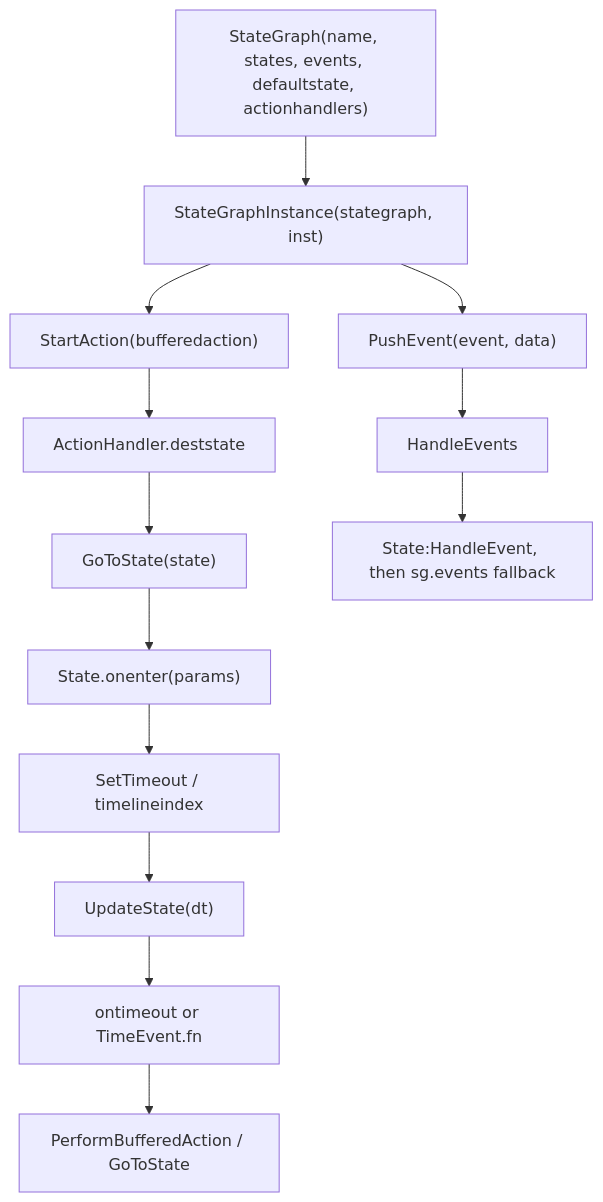
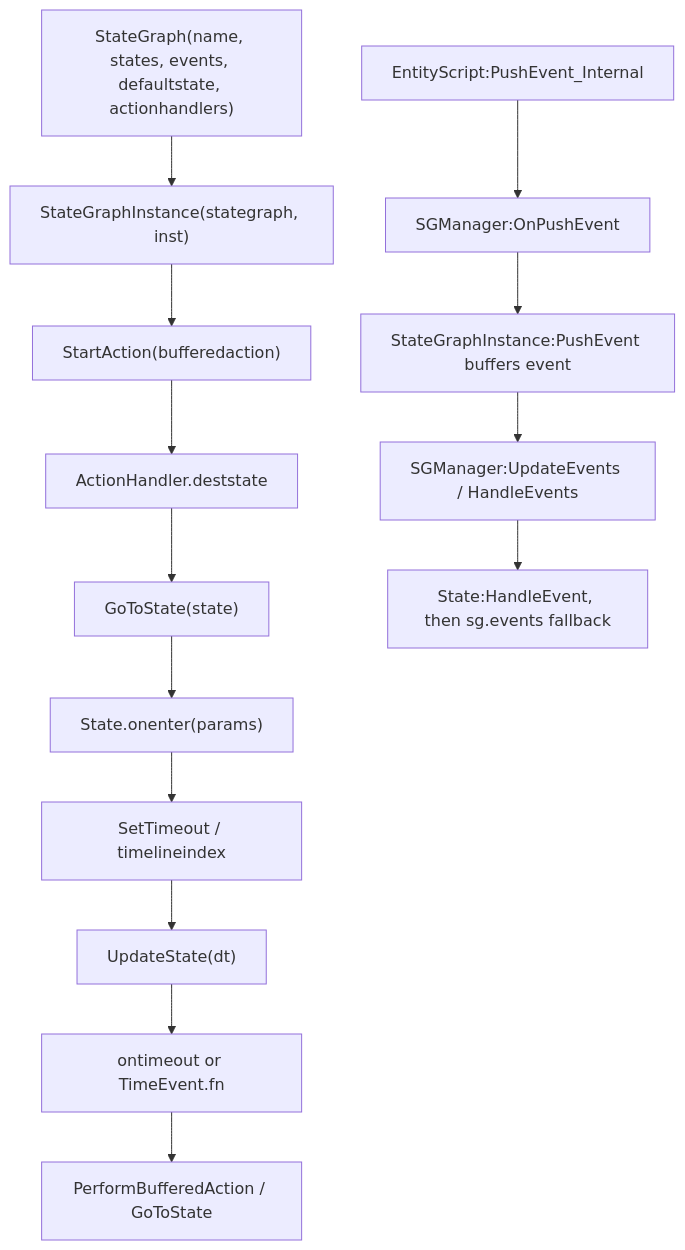
The diagram in dst-scripts/index/0x4000-ai-animation/0x4100-stategraph/0x4101-stategraph-runtime.md (LetsStarveTogether/dst-server), drawn with Mermaid before and after one commit. The commit also changed other lines of this file and 13 other files, not shown here.

```diff
--- a/dst-scripts/index/0x4000-ai-animation/0x4100-stategraph/0x4101-stategraph-runtime.md
+++ b/dst-scripts/index/0x4000-ai-animation/0x4100-stategraph/0x4101-stategraph-runtime.md
@@ -40,16 +41,17 @@
 ~~~mermaid
 flowchart TD
     A["StateGraph(name, states, events, defaultstate, actionhandlers)"]
     A --> B["StateGraphInstance(stategraph, inst)"]
     B --> C["StartAction(bufferedaction)"]
     C --> D["ActionHandler.deststate"]
     D --> E["GoToState(state)"]
     E --> F["State.onenter(params)"]
     F --> G["SetTimeout / timelineindex"]
     G --> H["UpdateState(dt)"]
     H --> I["ontimeout or TimeEvent.fn"]
     I --> J["PerformBufferedAction / GoToState"]
-    B --> K["PushEvent(event, data)"]
-    K --> L["HandleEvents"]
+    N["EntityScript:PushEvent_Internal"] --> O["SGManager:OnPushEvent"]
+    O --> K["StateGraphInstance:PushEvent buffers event"]
+    K --> L["SGManager:UpdateEvents / HandleEvents"]
     L --> M["State:HandleEvent, then sg.events fallback"]
 ~~~
```
